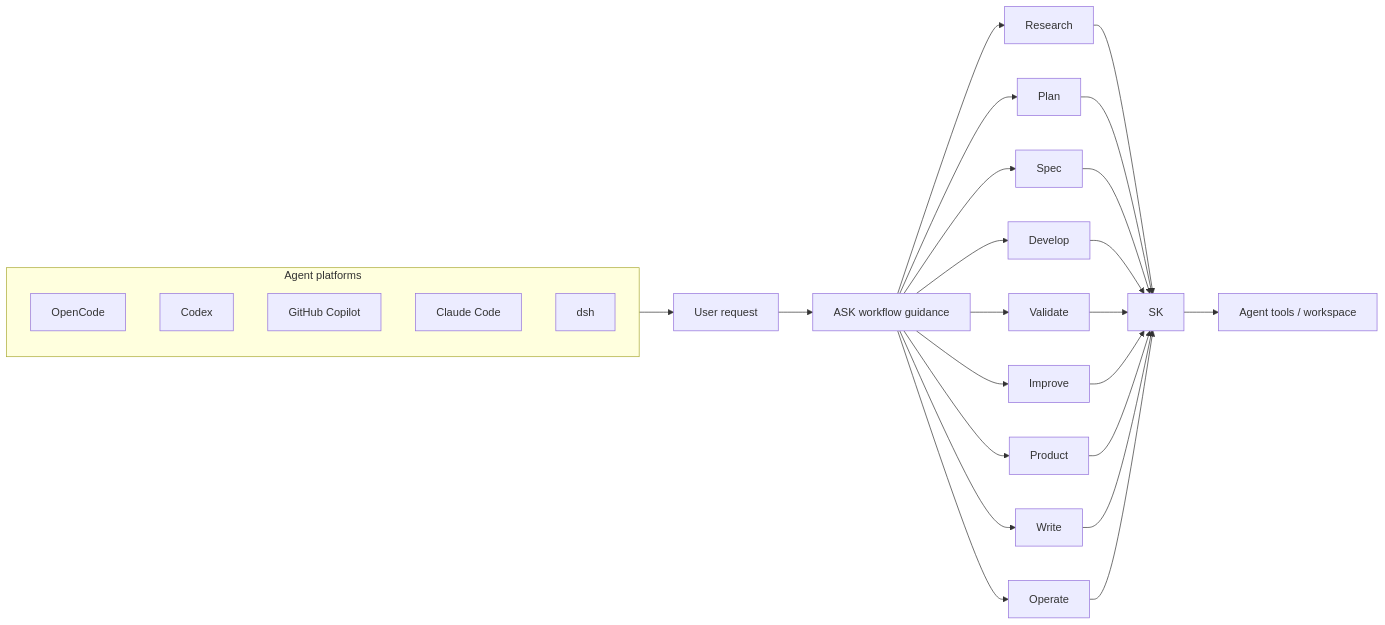
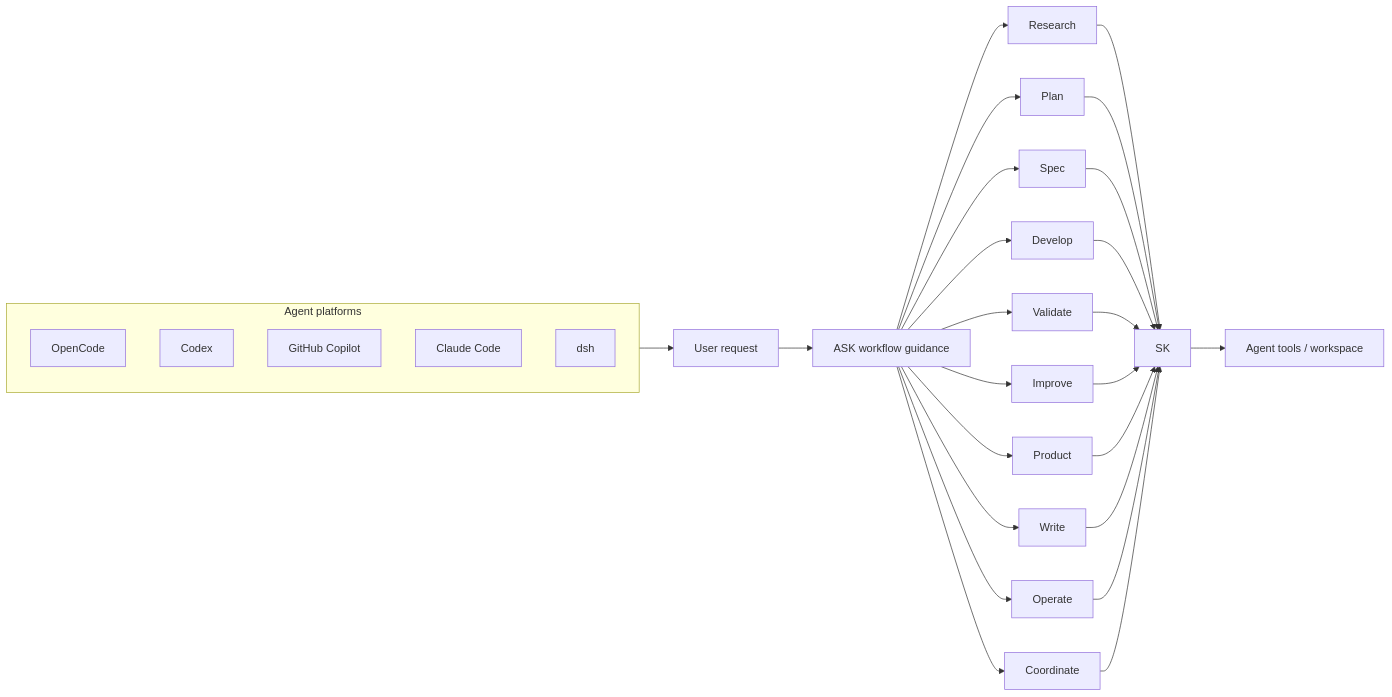
The first of 2 diagrams in README.md (MarkBovee/agent-skills-kit), drawn with Mermaid before and after one commit. The commit also changed other lines of this file and 5 other files, not shown here.

````diff
--- a/README.md
+++ b/README.md
@@ -90,35 +90,37 @@
 ```mermaid
 flowchart LR
     subgraph Agents[Agent platforms]
         OC[OpenCode]
         CX[Codex]
         CP[GitHub Copilot]
         CC[Claude Code]
         DSH[dsh]
     end
 
     Agents --> RQ[User request]
     RQ --> RT[ASK workflow guidance]
 
     RT --> RS[Research]
     RT --> PL[Plan]
     RT --> SP[Spec]
     RT --> DE[Develop]
     RT --> VA[Validate]
     RT --> IM[Improve]
     RT --> PR[Product]
     RT --> WR[Write]
     RT --> OP[Operate]
+    RT --> CO[Coordinate]
 
     RS --> SK
     PL --> SK
     SP --> SK
     DE --> SK
     VA --> SK
     IM --> SK
     PR --> SK
     WR --> SK
     OP --> SK
+    CO --> SK
 
     SK --> TOOLS[Agent tools / workspace]
 ```
````
